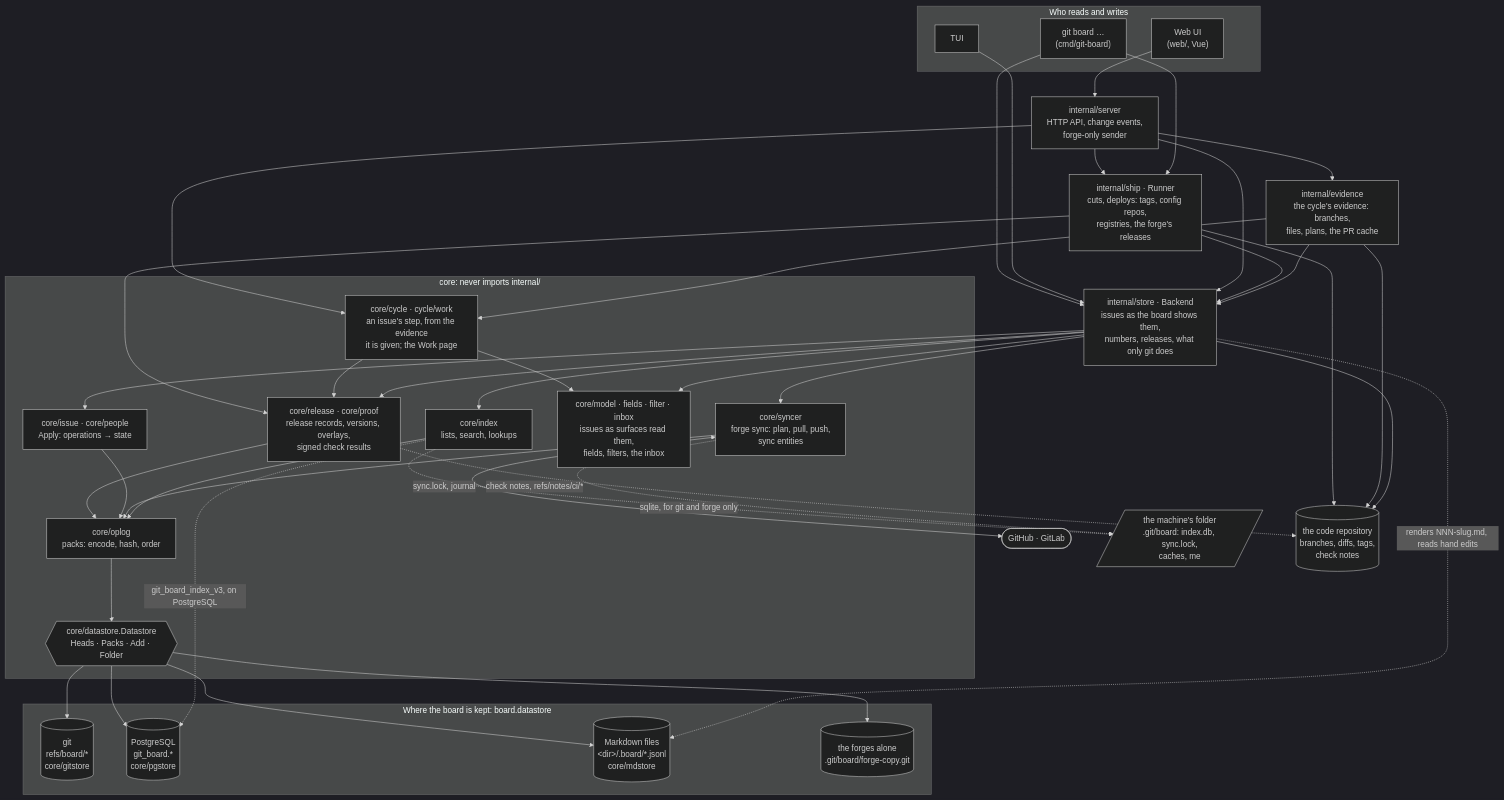
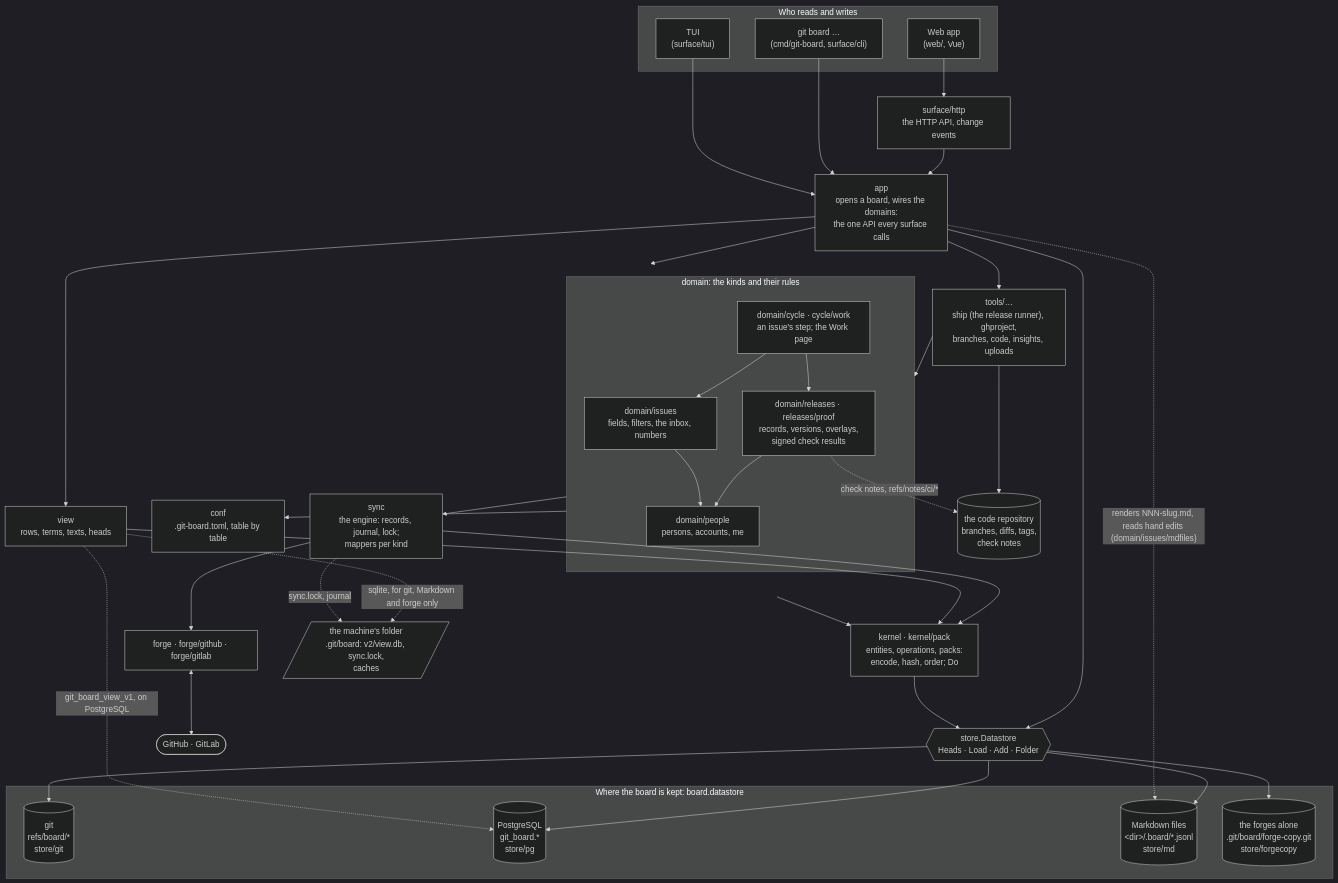
One commit to guilbep/git-board changed the first of 2 diagrams in docs/spec/data-flow.md. Above: the diagram before and after it, drawn with Mermaid (dark theme). The commit also changed other lines of this file and 22 other files, not shown here.

````diff
--- a/docs/spec/data-flow.md
+++ b/docs/spec/data-flow.md
@@ -11,73 +14,69 @@
 ```mermaid
 flowchart TB
   subgraph clients["Who reads and writes"]
-    web["Web UI<br/>(web/, Vue)"]
-    cli["git board …<br/>(cmd/git-board)"]
-    tui["TUI"]
+    web["Web app<br/>(web/, Vue)"]
+    cli["git board …<br/>(cmd/git-board, surface/cli)"]
+    tui["TUI<br/>(surface/tui)"]
   end
 
-  server["internal/server<br/>HTTP API, change events,<br/>forge-only sender"]
-  store["internal/store · Backend<br/>issues as the board shows them,<br/>numbers, releases, what only git does"]
-  ship["internal/ship · Runner<br/>cuts, deploys: tags, config repos,<br/>registries, the forge's releases"]
-  evidence["internal/evidence<br/>the cycle's evidence: branches,<br/>files, plans, the PR cache"]
+  http["surface/http<br/>the HTTP API, change events"]
+  app["app<br/>opens a board, wires the domains:<br/>the one API every surface calls"]
+  tools["tools/…<br/>ship (the release runner), ghproject,<br/>branches, code, insights, uploads"]
 
-  subgraph core["core: never imports internal/"]
-    domain["core/issue · core/people<br/>Apply: operations → state"]
-    syncer["core/syncer<br/>forge sync: plan, pull, push,<br/>sync entities"]
-    index["core/index<br/>lists, search, lookups"]
-    read["core/model · fields · filter · inbox<br/>issues as surfaces read them,<br/>fields, filters, the inbox"]
-    rel["core/release · core/proof<br/>release records, versions, overlays,<br/>signed check results"]
-    cyc["core/cycle · cycle/work<br/>an issue's step, from the evidence<br/>it is given; the Work page"]
-    oplog["core/oplog<br/>packs: encode, hash, order"]
-    ds{{"core/datastore.Datastore<br/>Heads · Packs · Add · Folder"}}
+  subgraph domains["domain: the kinds and their rules"]
+    issues["domain/issues<br/>fields, filters, the inbox, numbers"]
+    people["domain/people<br/>persons, accounts, me"]
+    releases["domain/releases · releases/proof<br/>records, versions, overlays,<br/>signed check results"]
+    cycle["domain/cycle · cycle/work<br/>an issue's step; the Work page"]
   end
 
+  conf["conf<br/>.git-board.toml, table by table"]
+  sync["sync<br/>the engine: records, journal, lock;<br/>mappers per kind"]
+  forge["forge · forge/github · forge/gitlab"]
+  view["view<br/>rows, terms, texts, heads"]
+  kernel["kernel · kernel/pack<br/>entities, operations, packs:<br/>encode, hash, order; Do"]
+  ds{{"store.Datastore<br/>Heads · Load · Add · Folder"}}
+
   subgraph stores["Where the board is kept: board.datastore"]
-    git[("git<br/>refs/board/*<br/>core/gitstore")]
-    pg[("PostgreSQL<br/>git_board.*<br/>core/pgstore")]
-    md[("Markdown files<br/>&lt;dir&gt;/.board/*.jsonl<br/>core/mdstore")]
-    copy[("the forges alone<br/>.git/board/forge-copy.git")]
+    git[("git<br/>refs/board/*<br/>store/git")]
+    pg[("PostgreSQL<br/>git_board.*<br/>store/pg")]
+    md[("Markdown files<br/>&lt;dir&gt;/.board/*.jsonl<br/>store/md")]
+    copy[("the forges alone<br/>.git/board/forge-copy.git<br/>store/forgecopy")]
   end
 
   forges(["GitHub · GitLab"])
-  folder[/"the machine's folder<br/>.git/board: index.db, sync.lock,<br/>caches, me"/]
+  folder[/"the machine's folder<br/>.git/board: v2/view.db, sync.lock,<br/>caches"/]
   code[("the code repository<br/>branches, diffs, tags,<br/>check notes")]
 
-  web --> server
-  cli --> store
-  tui --> store
-  server --> store
-  server --> ship
-  cli --> ship
-  ship --> store
-  ship --> rel
-  ship --> code
-  server --> evidence
-  server --> cyc
-  evidence --> store
-  evidence --> code
-  evidence --> cyc
-  cyc --> read
-  cyc --> rel
-  store --> domain
-  store --> syncer
-  store --> index
-  store --> read
-  store --> rel
-  rel --> oplog
-  rel -. "check notes, refs/notes/ci/*" .-> code
-  store --> code
-  domain --> oplog
-  syncer --> oplog
-  syncer <--> forges
-  index --> oplog
-  oplog --> ds
+  web --> http
+  http --> app
+  cli --> app
+  tui --> app
+  app --> tools
+  app --> domains
+  app --> view
+  app --> ds
+  tools --> domains
+  tools --> code
+  cycle --> issues
+  cycle --> releases
+  releases --> people
+  issues --> people
+  domains --> conf
+  domains --> kernel
+  domains --> sync
+  sync --> forge
+  sync --> kernel
+  forge <--> forges
+  view --> kernel
+  kernel --> ds
   ds --> git
   ds --> pg
   ds --> md
   ds --> copy
-  store -. "renders NNN-slug.md, reads hand edits" .-> md
-  index -. "sqlite, for git and forge only" .-> folder
-  index -. "git_board_index_v3, on PostgreSQL" .-> pg
-  syncer -. "sync.lock, journal" .-> folder
+  app -. "renders NNN-slug.md, reads hand edits (domain/issues/mdfiles)" .-> md
+  view -. "sqlite, for git, Markdown and forge only" .-> folder
+  view -. "git_board_view_v1, on PostgreSQL" .-> pg
+  sync -. "sync.lock, journal" .-> folder
+  releases -. "check notes, refs/notes/ci/*" .-> code
 ```
````
